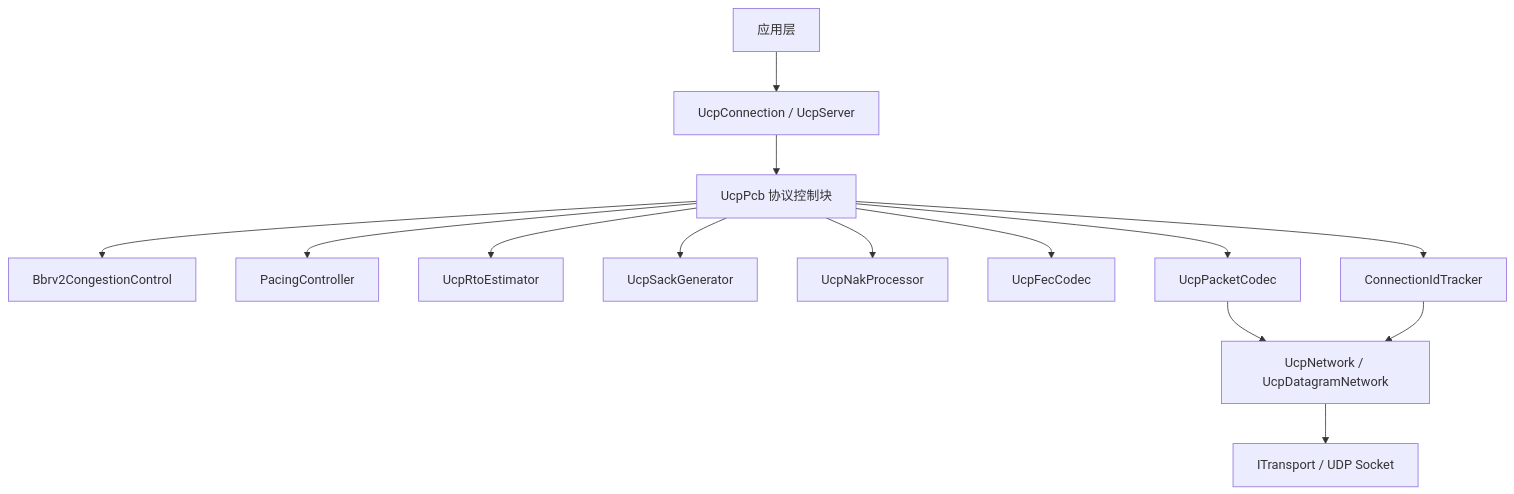
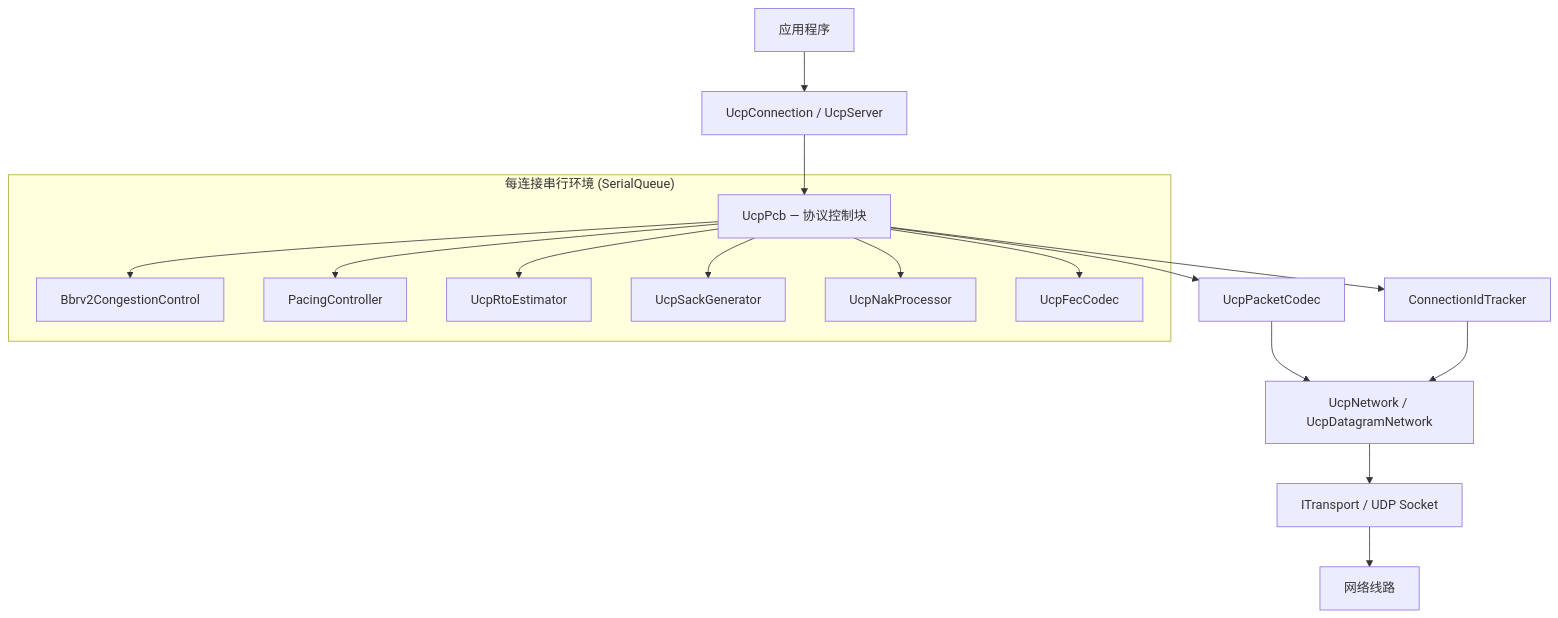
One commit to liulilittle/ucp changed the first of 14 diagrams in docs/architecture_CN.md. Above: the diagram before and after it, drawn with Mermaid. The commit also changed other lines of this file and 17 other files, not shown here.

````diff
--- a/docs/architecture_CN.md
+++ b/docs/architecture_CN.md
@@ -11,16 +13,27 @@
 ```mermaid
 flowchart TD
-    App[应用层] --> Public[UcpConnection / UcpServer]
-    Public --> Pcb[UcpPcb 协议控制块]
+    App[应用程序] --> Public[UcpConnection / UcpServer]
+    Public --> Pcb[UcpPcb — 协议控制块]
     Pcb --> Bbr[Bbrv2CongestionControl]
     Pcb --> Pacing[PacingController]
     Pcb --> Rto[UcpRtoEstimator]
     Pcb --> Sack[UcpSackGenerator]
     Pcb --> Nak[UcpNakProcessor]
     Pcb --> Fec[UcpFecCodec]
+    Pcb --> ConnId[ConnectionIdTracker]
     Pcb --> Codec[UcpPacketCodec]
-    Pcb --> ConnId[ConnectionIdTracker]
     Codec --> Net[UcpNetwork / UcpDatagramNetwork]
     ConnId --> Net
     Net --> Transport[ITransport / UDP Socket]
+    Transport --> Wire[网络线路]
+
+    subgraph "每连接串行环境 (SerialQueue)"
+        Pcb
+        Bbr
+        Pacing
+        Rto
+        Sack
+        Nak
+        Fec
+    end
 ```
````
